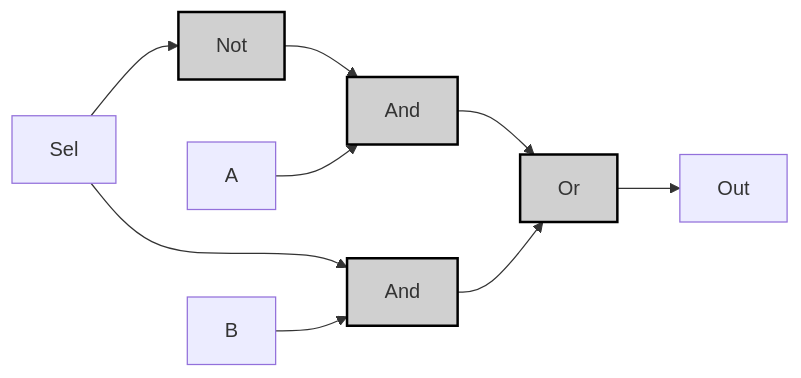
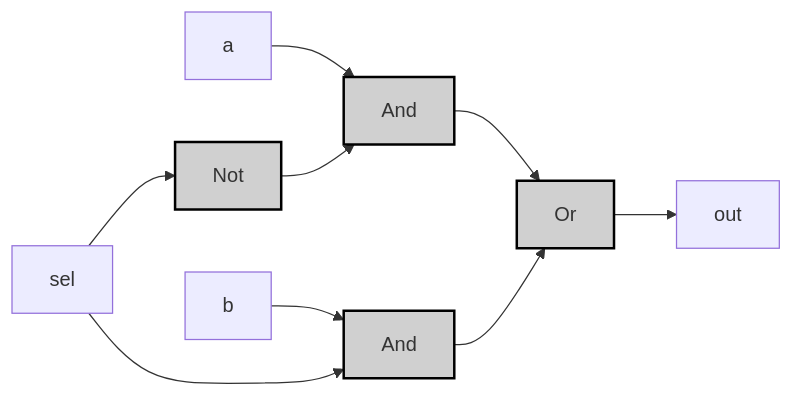
The first of 2 diagrams in 99_Projects/Nand2Tetris/HackHDL/05_Mux.md (MeJamoLeo/Vault_Templates), drawn with Mermaid before and after one commit. The commit also changed other lines of this file, not shown here.

````diff
--- a/99_Projects/Nand2Tetris/HackHDL/05_Mux.md
+++ b/99_Projects/Nand2Tetris/HackHDL/05_Mux.md
@@ -76,13 +97,13 @@
 ```mermaid
 graph LR;
-    Sel["Sel"] --> Not["Not"]:::gate;
-    Sel --> And2["And"]:::gate;
-    Not --> And1["And"]:::gate;
-    A["A"] --> And1;
-    B["B"] --> And2;
-    And1 --> Or["Or"]:::gate;
-    And2 --> Or;
-    Or --> OUT["Out"];
+    sel["sel"] --> Not["Not"]:::gate
+    a["a"] --> And1["And"]:::gate
+    Not --> And1
+    b["b"] --> And2["And"]:::gate
+    sel --> And2
+    And1 --> Or["Or"]:::gate
+    And2 --> Or
+    Or --> out["out"]
     
     classDef gate fill:#d0d0d0,stroke:#000,stroke-width:2px;
 ```
````
